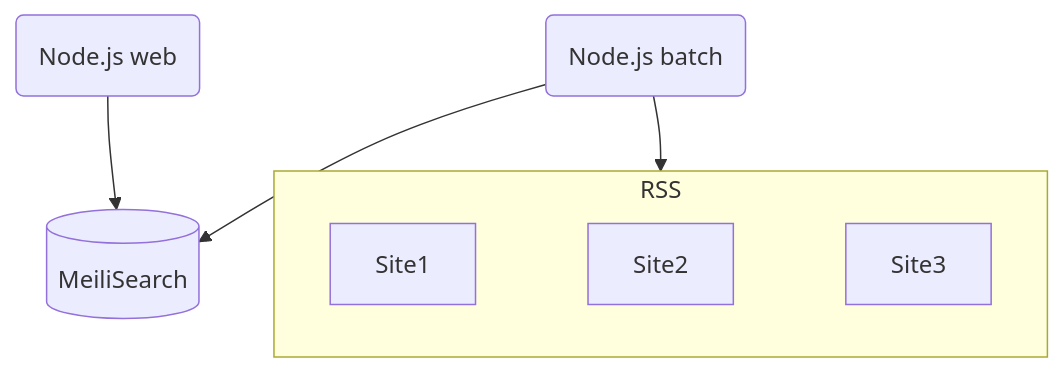
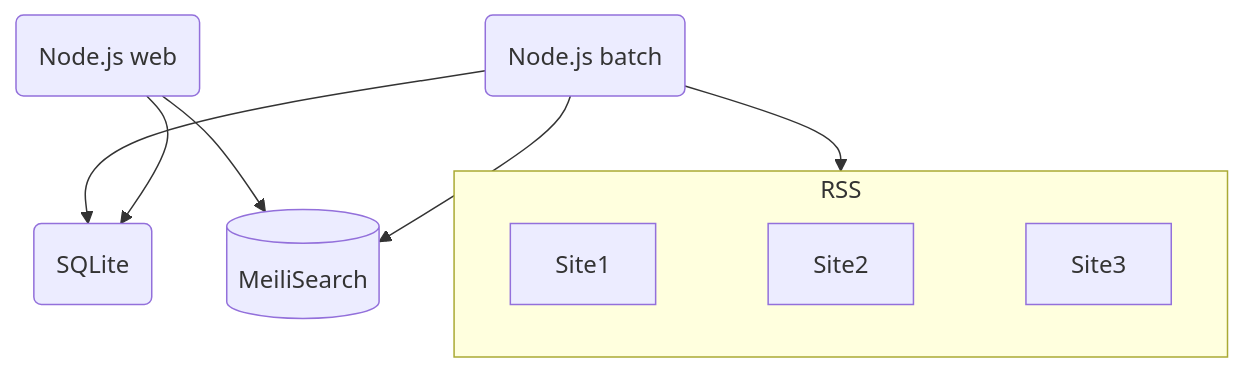
The diagram in README.md (joyrswd/curation), drawn with Mermaid before and after one commit. The commit also changed 7 other files, not shown here.

````diff
--- a/README.md
+++ b/README.md
@@ -33,14 +33,17 @@
 ```mermaid
 graph TB
     subgraph RSS
         Site1
         ~~~Site2
         ~~~Site3
     end
     B(Node.js batch)
     C[(MeiliSearch)]
     D(Node.js web)
+    E(SQLite)
     B --> RSS
     D --> C
+    B --> E
+    D --> E
     B --> C
 ```
````
